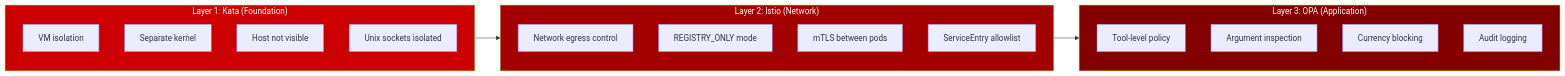
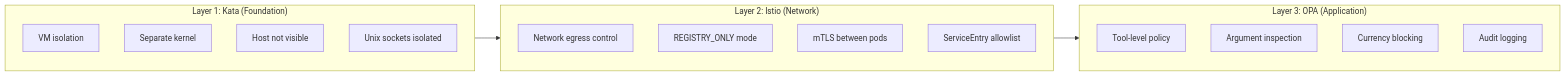
Before and after one commit to rrbanda/agent-sandbox-ocp: the third of 3 diagrams in docs/architecture.md, drawn with Mermaid. The commit also changed other lines of this file and 118 other files, not shown here.

````diff
--- a/docs/architecture.md
+++ b/docs/architecture.md
@@ -105,32 +99,28 @@
 ```mermaid
 flowchart LR
     subgraph Layer1["Layer 1: Kata (Foundation)"]
         direction TB
         L1A["VM isolation"]
         L1B["Separate kernel"]
         L1C["Host not visible"]
         L1D["Unix sockets isolated"]
     end
 
     subgraph Layer2["Layer 2: Istio (Network)"]
         direction TB
         L2A["Network egress control"]
         L2B["REGISTRY_ONLY mode"]
         L2C["mTLS between pods"]
         L2D["ServiceEntry allowlist"]
     end
 
     subgraph Layer3["Layer 3: OPA (Application)"]
         direction TB
         L3A["Tool-level policy"]
         L3B["Argument inspection"]
         L3C["Currency blocking"]
         L3D["Audit logging"]
     end
 
     Layer1 --> Layer2 --> Layer3
-
-    style Layer1 fill:#CC0000,color:#FFFFFF
-    style Layer2 fill:#A30000,color:#FFFFFF
-    style Layer3 fill:#820000,color:#FFFFFF
 ```
````
